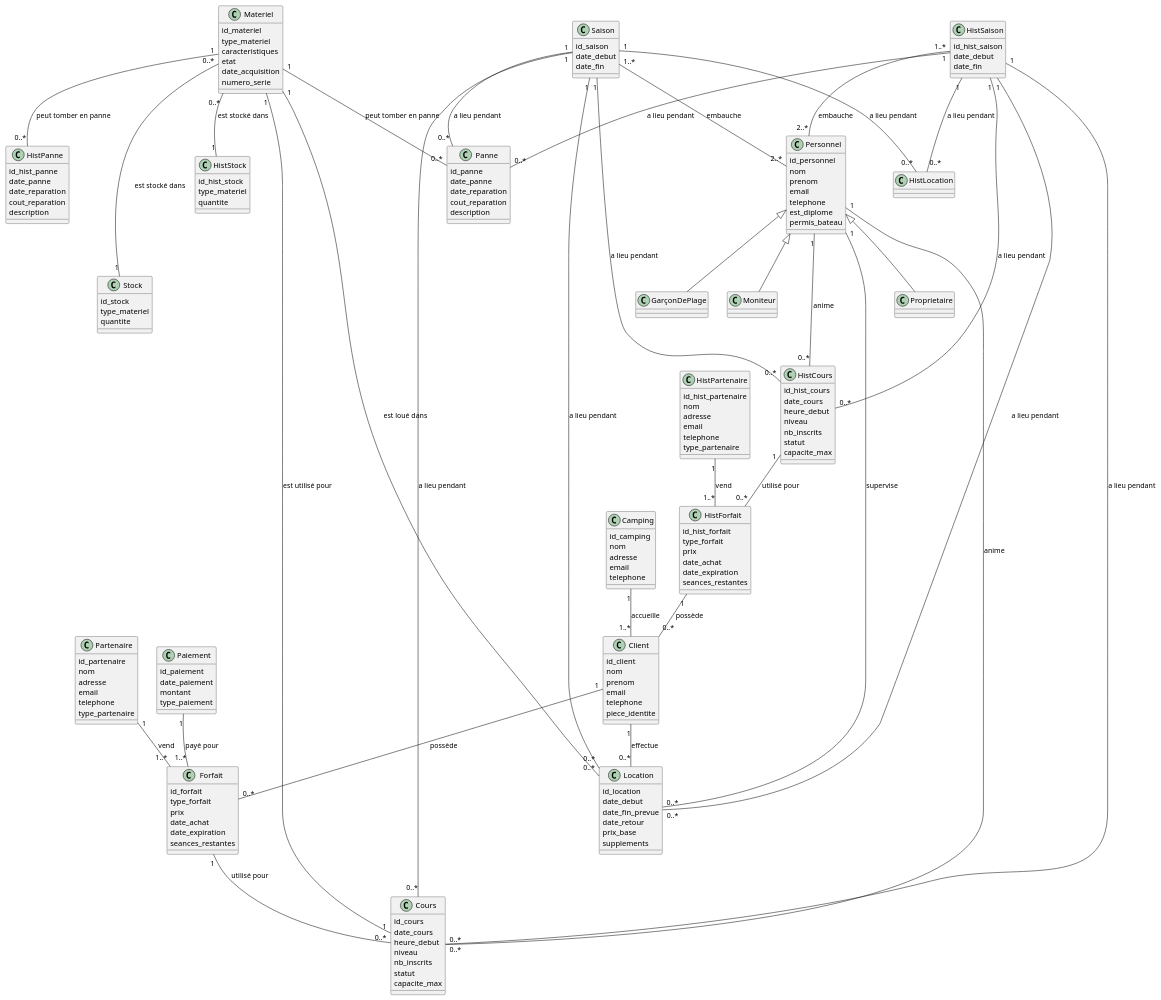
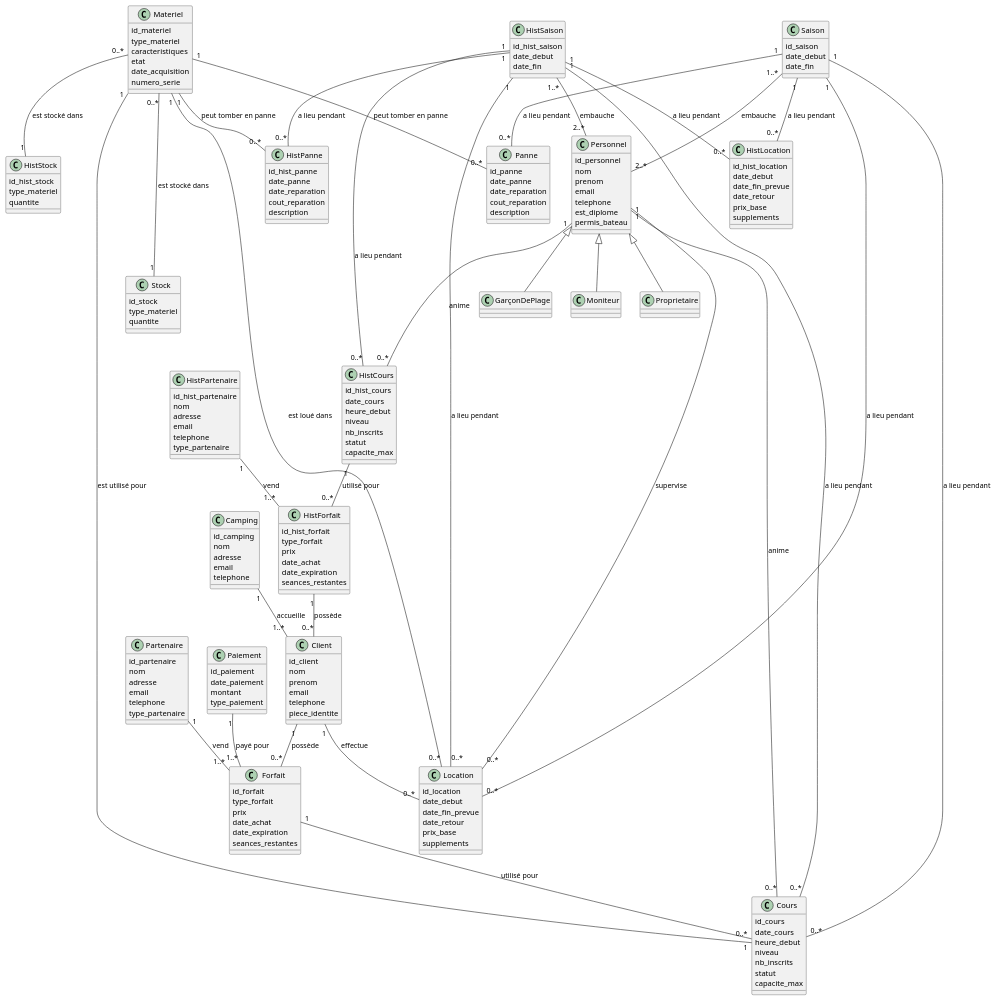
One commit to Hugo-COLLIN/MIAGE_CSI_NauticalClub changed the diagram in docs/1-analysis/generalDesignClassDiagram.puml. Above: the diagram before and after it, drawn with PlantUML.

```diff
--- a/docs/1-analysis/generalDesignClassDiagram.puml
+++ b/docs/1-analysis/generalDesignClassDiagram.puml
@@ -1,190 +1,198 @@
 @startuml
     class Personnel {
         id_personnel
         nom
         prenom
         email
         telephone
         est_diplome
         permis_bateau
     }
 
     class GarçonDePlage extends Personnel {
     }
 
     class Moniteur extends Personnel {
     }
 
     class Proprietaire extends Personnel {
     }
 
     class Saison {
         id_saison
         date_debut
         date_fin
     }
 
     class HistSaison {
         id_hist_saison
         date_debut
         date_fin
     }
 
     class Client {
         id_client
         nom
         prenom
         email
         telephone
         piece_identite
     }
 
     class Materiel {
         id_materiel
         type_materiel
         caracteristiques
         etat
         date_acquisition
         numero_serie
     }
 
     class Forfait {
         id_forfait
         type_forfait
         prix
         date_achat
         date_expiration
         seances_restantes
     }
 
     class Partenaire {
         id_partenaire
         nom
         adresse
         email
         telephone
         type_partenaire
     }
 
     class HistPartenaire {
         id_hist_partenaire
         nom
         adresse
         email
         telephone
         type_partenaire
     }
 
     class Camping {
         id_camping
         nom
         adresse
         email
         telephone
     }
 
     class HistForfait {
         id_hist_forfait
         type_forfait
         prix
         date_achat
         date_expiration
         seances_restantes
     }
 
     class Cours {
         id_cours
         date_cours
         heure_debut
         niveau
         nb_inscrits
         statut
         capacite_max
     }
 
     class HistCours {
         id_hist_cours
         date_cours
         heure_debut
         niveau
         nb_inscrits
         statut
         capacite_max
     }
 
     class Location {
         id_location
         date_debut
         date_fin_prevue
         date_retour
         prix_base
         supplements
     }
 
+    class HistLocation {
+        id_hist_location
+        date_debut
+        date_fin_prevue
+        date_retour
+        prix_base
+        supplements
+    }
+
     class Panne {
         id_panne
         date_panne
         date_reparation
         cout_reparation
         description
     }
 
     class HistPanne {
         id_hist_panne
         date_panne
         date_reparation
         cout_reparation
         description
     }
 
     class Stock {
         id_stock
         type_materiel
         quantite
     }
 
     class HistStock {
         id_hist_stock
         type_materiel
         quantite
     }
 
     class Paiement {
         id_paiement
         date_paiement
         montant
         type_paiement
     }
 
     Client "1" -- "0..*" Forfait: possède
     Client "1" -- "0..*" Location: effectue
     Personnel "1" -- "0..*" Cours: anime
     Materiel "1" -- "0..*" Location: est loué dans
     Forfait "1" -- "0..*" Cours: utilisé pour
     Personnel "1" -- "0..*" Location: supervise
     Materiel "1" -- "0..*" Panne: peut tomber en panne
     Materiel "1" -- "0..*" HistPanne: peut tomber en panne
     Materiel "0..*" --- "1" Stock: est stocké dans
     Materiel "0..*" -- "1" HistStock: est stocké dans
     HistCours "1" -- "0..*" HistForfait: utilisé pour
     Personnel "1" --- "0..*" HistCours : anime
     HistForfait "1" -- "0..*" Client: possède
     Partenaire "1" -- "1..*" Forfait: vend
     HistPartenaire "1" -- "1..*" HistForfait: vend
     Camping "1" -- "1..*" Client: accueille
     Materiel "1" - "1" Cours: est utilisé pour
     Paiement "1" -- "1..*" Forfait: payé pour
     Saison "1..*" -- "2..*" Personnel: embauche
     Saison "1" -- "0..*" Cours: a lieu pendant
     Saison "1" -- "0..*" Location: a lieu pendant
     Saison "1" -- "0..*" Panne: a lieu pendant
-    Saison "1" -- "0..*" HistCours: a lieu pendant
     Saison "1" -- "0..*" HistLocation: a lieu pendant
     HistSaison "1..*" -- "2..*" Personnel: embauche
     HistSaison "1" -- "0..*" Cours: a lieu pendant
     HistSaison "1" -- "0..*" Location: a lieu pendant
-    HistSaison "1" -- "0..*" Panne: a lieu pendant
+    HistSaison "1" -- "0..*" HistPanne: a lieu pendant
     HistSaison "1" -- "0..*" HistCours: a lieu pendant
     HistSaison "1" -- "0..*" HistLocation: a lieu pendant
 
 @enduml
```
